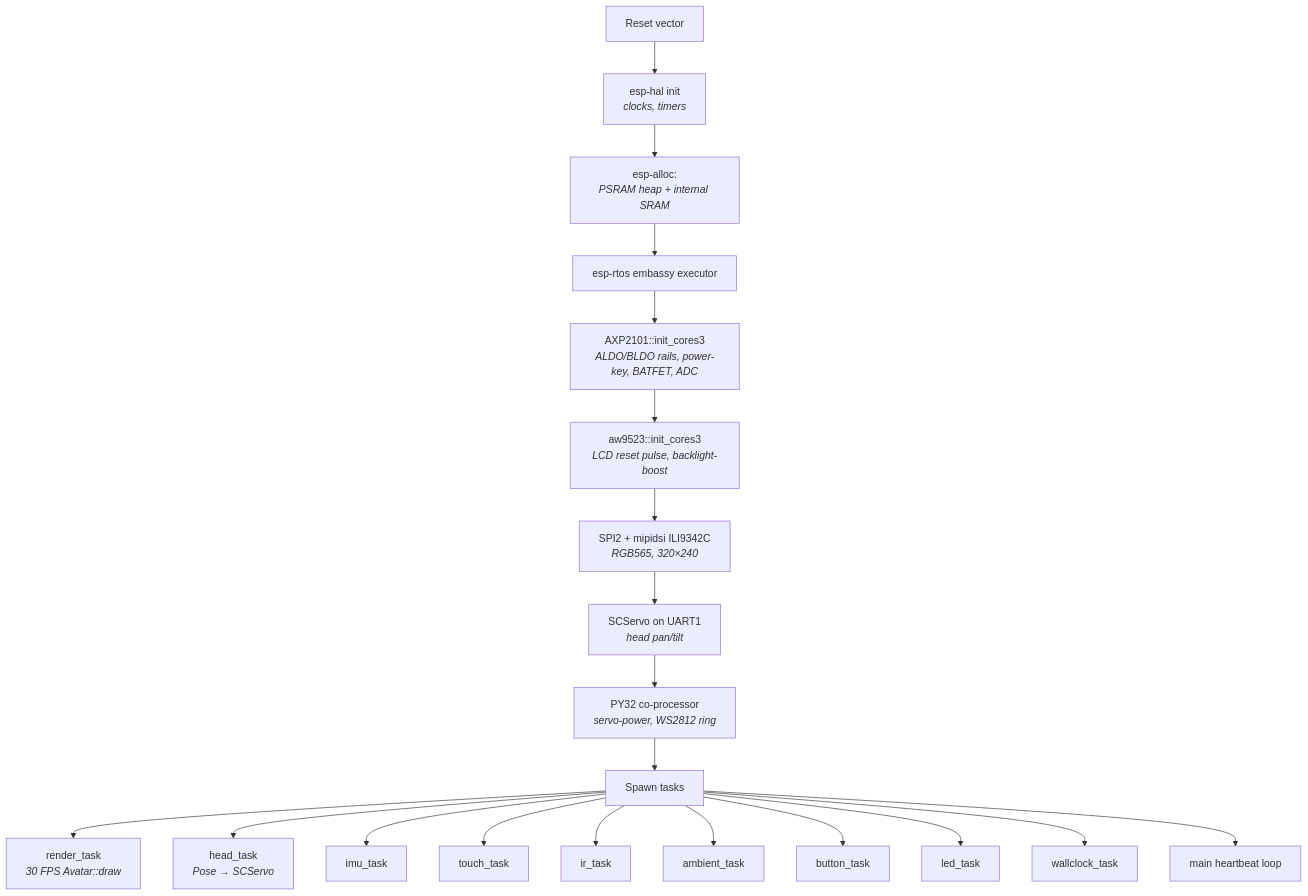
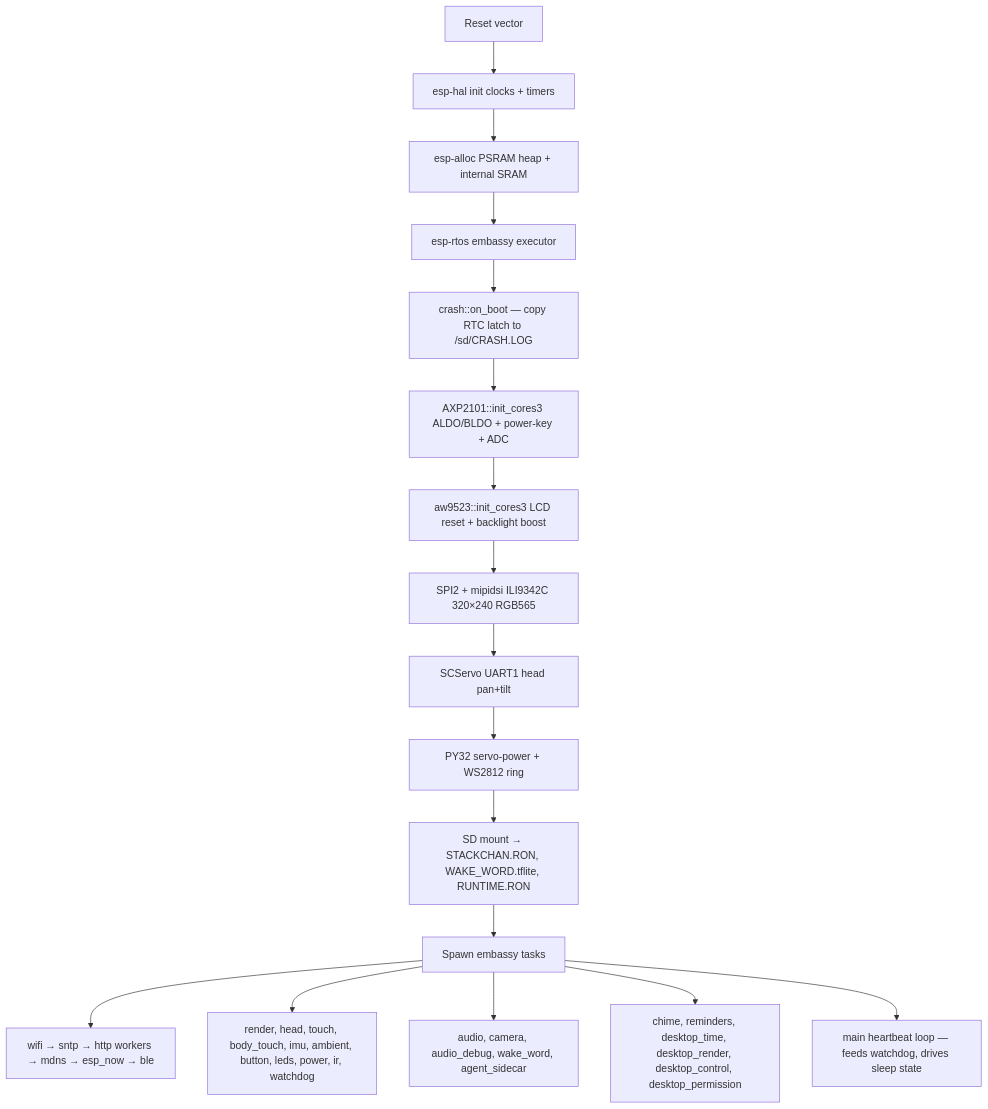
Before and after one commit to andymai/stackchan-kai: the diagram in crates/stackchan-firmware/README.md, drawn with Mermaid. The commit also changed other lines of this file and 6 other files, not shown here.

````diff
--- a/crates/stackchan-firmware/README.md
+++ b/crates/stackchan-firmware/README.md
@@ -38,23 +69,20 @@
 ```mermaid
 flowchart TB
     Start[Reset vector]
-    Start --> Hal[esp-hal init<br/><i>clocks, timers</i>]
-    Hal --> Heap[esp-alloc:<br/><i>PSRAM heap + internal SRAM</i>]
+    Start --> Hal[esp-hal init clocks + timers]
+    Hal --> Heap[esp-alloc PSRAM heap + internal SRAM]
     Heap --> Rtos[esp-rtos embassy executor]
-    Rtos --> Pmic[AXP2101::init_cores3<br/><i>ALDO/BLDO rails, power-key, BATFET, ADC</i>]
-    Pmic --> Exp[aw9523::init_cores3<br/><i>LCD reset pulse, backlight-boost</i>]
-    Exp --> Lcd[SPI2 + mipidsi ILI9342C<br/><i>RGB565, 320×240</i>]
-    Lcd --> Servo[SCServo on UART1<br/><i>head pan/tilt</i>]
-    Servo --> Py[PY32 co-processor<br/><i>servo-power, WS2812 ring</i>]
-    Py --> Spawn[Spawn tasks]
-    Spawn --> Render[render_task<br/><i>30 FPS Avatar::draw</i>]
-    Spawn --> Head[head_task<br/><i>Pose → SCServo</i>]
-    Spawn --> Imu[imu_task]
-    Spawn --> Touch[touch_task]
-    Spawn --> Ir[ir_task]
-    Spawn --> Ambient[ambient_task]
-    Spawn --> Button[button_task]
-    Spawn --> Led[led_task]
-    Spawn --> Clock[wallclock_task]
-    Spawn --> Main[main heartbeat loop]
+    Rtos --> Crash[crash::on_boot — copy RTC latch to /sd/CRASH.LOG]
+    Crash --> Pmic[AXP2101::init_cores3 ALDO/BLDO + power-key + ADC]
+    Pmic --> Exp[aw9523::init_cores3 LCD reset + backlight boost]
+    Exp --> Lcd[SPI2 + mipidsi ILI9342C 320×240 RGB565]
+    Lcd --> Servo[SCServo UART1 head pan+tilt]
+    Servo --> Py[PY32 servo-power + WS2812 ring]
+    Py --> Sd[SD mount → STACKCHAN.RON, WAKE_WORD.tflite, RUNTIME.RON]
+    Sd --> Spawn[Spawn embassy tasks]
+    Spawn --> Net[wifi → sntp → http workers → mdns → esp_now → ble]
+    Spawn --> Sense[render, head, touch, body_touch, imu, ambient, button, leds, power, ir, watchdog]
+    Spawn --> AudioCam[audio, camera, audio_debug, wake_word, agent_sidecar]
+    Spawn --> Affordances[chime, reminders, desktop_time, desktop_render, desktop_control, desktop_permission]
+    Spawn --> Main[main heartbeat loop — feeds watchdog, drives sleep state]
 ```
````
